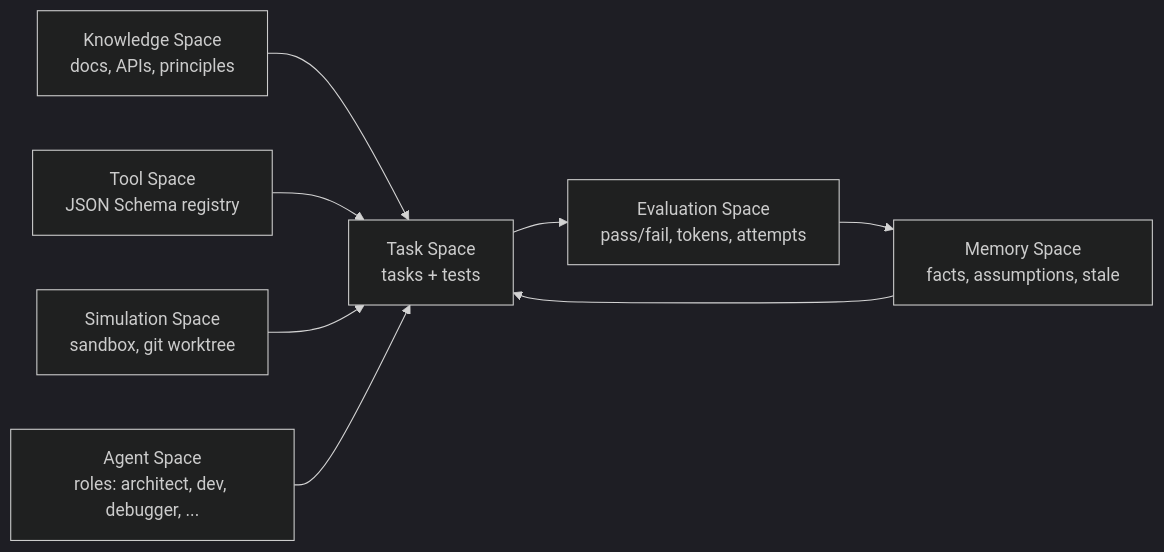
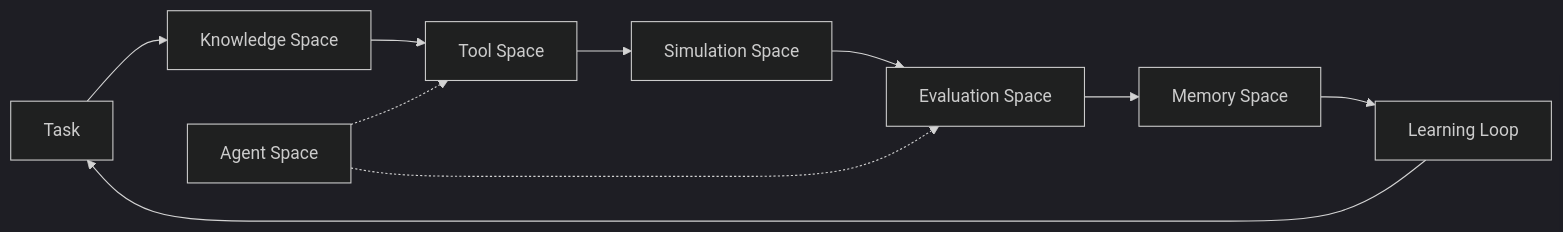
Before and after one commit to cokovali10-sketch/matrix: the diagram in README.md, drawn with Mermaid (dark theme). The commit also changed other lines of this file, not shown here.

Commit message:
docs: redesign README with animations and architecture

````diff
--- a/README.md
+++ b/README.md
@@ -40,10 +43,12 @@
 ```mermaid
 flowchart LR
-    K[Knowledge Space<br/>docs, APIs, principles] --> T[Task Space<br/>tasks + tests]
-    T --> E[Evaluation Space<br/>pass/fail, tokens, attempts]
-    E --> M[Memory Space<br/>facts, assumptions, stale]
-    M --> T
-    TL[Tool Space<br/>JSON Schema registry] --> T
-    S[Simulation Space<br/>sandbox, git worktree] --> T
-    A[Agent Space<br/>roles: architect, dev, debugger, ...] --> T
+    A[Task] --> K[Knowledge Space]
+    K --> T[Tool Space]
+    T --> S[Simulation Space]
+    S --> E[Evaluation Space]
+    E --> M[Memory Space]
+    M --> L[Learning Loop]
+    L --> A
+    AG[Agent Space] -.-> T
+    AG -.-> E
 ```
````
